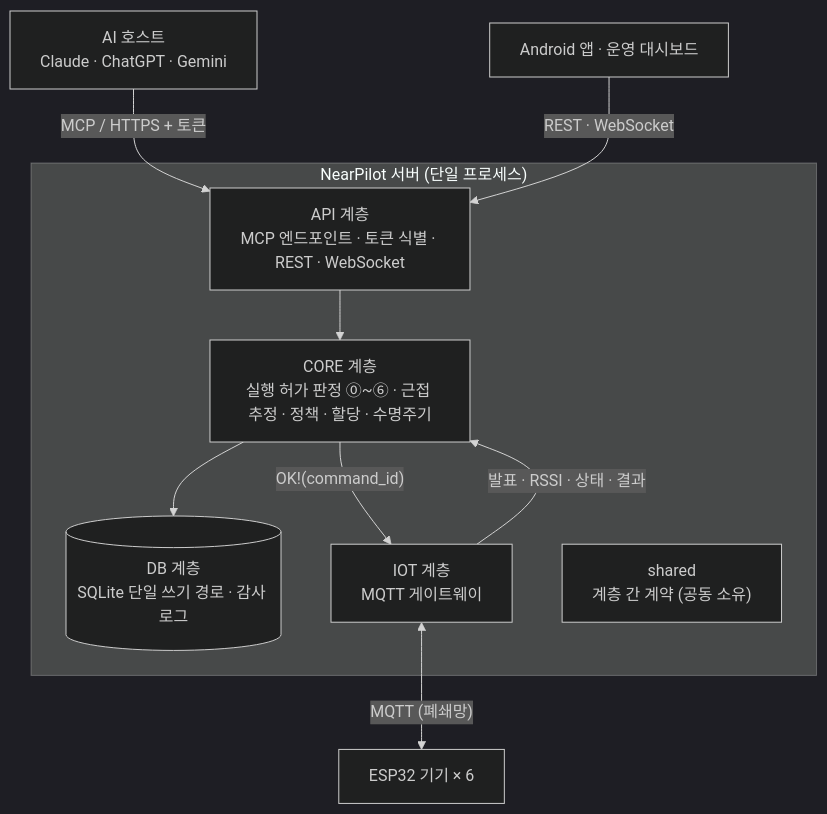
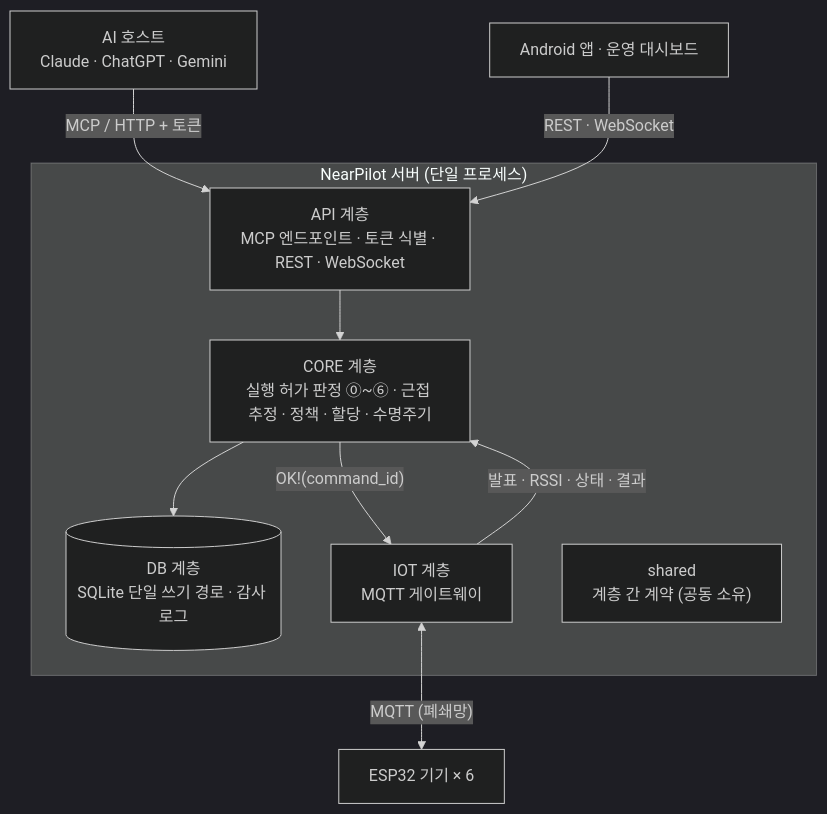
One commit to capstone-itda/nearpilot-server changed the first of 3 diagrams in docs/architecture.md. Above: the diagram before and after it, drawn with Mermaid (dark theme). The commit also changed 7 other files, not shown here.

First line of the commit message:
fix(api): FR-08 FR-10 NFR-08 NFR-14 독립 AP 주소 MCP 접속과 CLI 3종 호스트 확인 (#212)

````diff
--- a/docs/architecture.md
+++ b/docs/architecture.md
@@ -23,22 +23,22 @@
 ```mermaid
 flowchart TB
     Host["AI 호스트<br/>Claude · ChatGPT · Gemini"]
     App["Android 앱 · 운영 대시보드"]
     Node["ESP32 기기 × 6"]
 
     subgraph Server["NearPilot 서버 (단일 프로세스)"]
         API["API 계층<br/>MCP 엔드포인트 · 토큰 식별 · REST · WebSocket"]
         CORE["CORE 계층<br/>실행 허가 판정 ⓪~⑥ · 근접 추정 · 정책 · 할당 · 수명주기"]
         DB[("DB 계층<br/>SQLite 단일 쓰기 경로 · 감사 로그")]
         IOT["IOT 계층<br/>MQTT 게이트웨이"]
         SHARED["shared<br/>계층 간 계약 (공동 소유)"]
     end
 
-    Host -- "MCP / HTTPS + 토큰" --> API
+    Host -- "MCP / HTTP + 토큰" --> API
     App -- "REST · WebSocket" --> API
     API --> CORE
     CORE --> DB
     CORE -- "OK!(command_id)" --> IOT
     IOT -- "발표 · RSSI · 상태 · 결과" --> CORE
     IOT <-- "MQTT (폐쇄망)" --> Node
 ```
````
